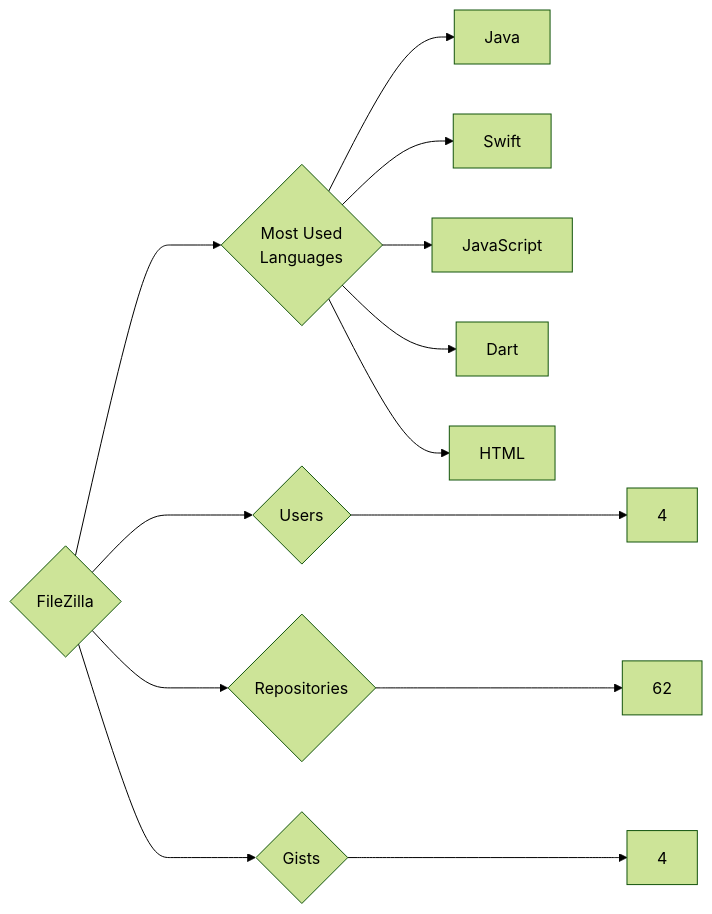
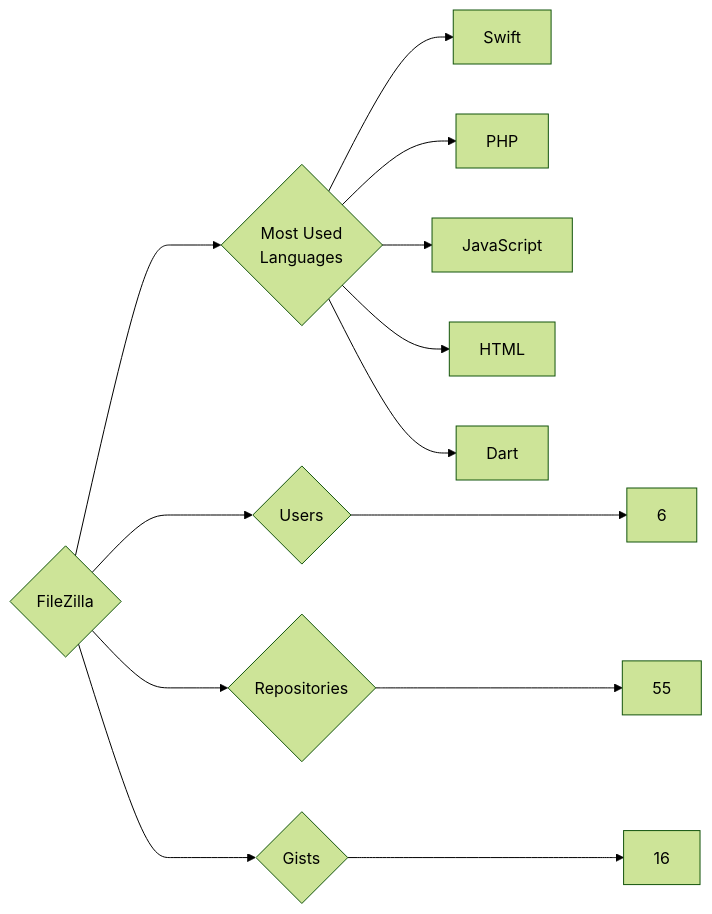
One commit to trickest/insiders changed the diagram in targets/FileZilla/README.md. Above: the diagram before and after it, drawn with Mermaid (forest theme). The commit also changed 1036 other files, not shown here.

````diff
--- a/targets/FileZilla/README.md
+++ b/targets/FileZilla/README.md
@@ -3,13 +3,13 @@
 ```mermaid
 graph LR
 COMPANY_NAME{FileZilla}
-COMPANY_NAME ---> U{Users} ---> UN[4]
-COMPANY_NAME ---> R{Repositories} ---> RN[62]
-COMPANY_NAME ---> G{Gists} ---> GN[4]
+COMPANY_NAME ---> U{Users} ---> UN[6]
+COMPANY_NAME ---> R{Repositories} ---> RN[55]
+COMPANY_NAME ---> G{Gists} ---> GN[16]
 COMPANY_NAME ---> ML{Most Used<br>Languages}
-ML --> Java[Java]
 ML --> Swift[Swift]
+ML --> PHP[PHP]
 ML --> JavaScript[JavaScript]
+ML --> HTML[HTML]
 ML --> Dart[Dart]
-ML --> HTML[HTML]
 ```
````
